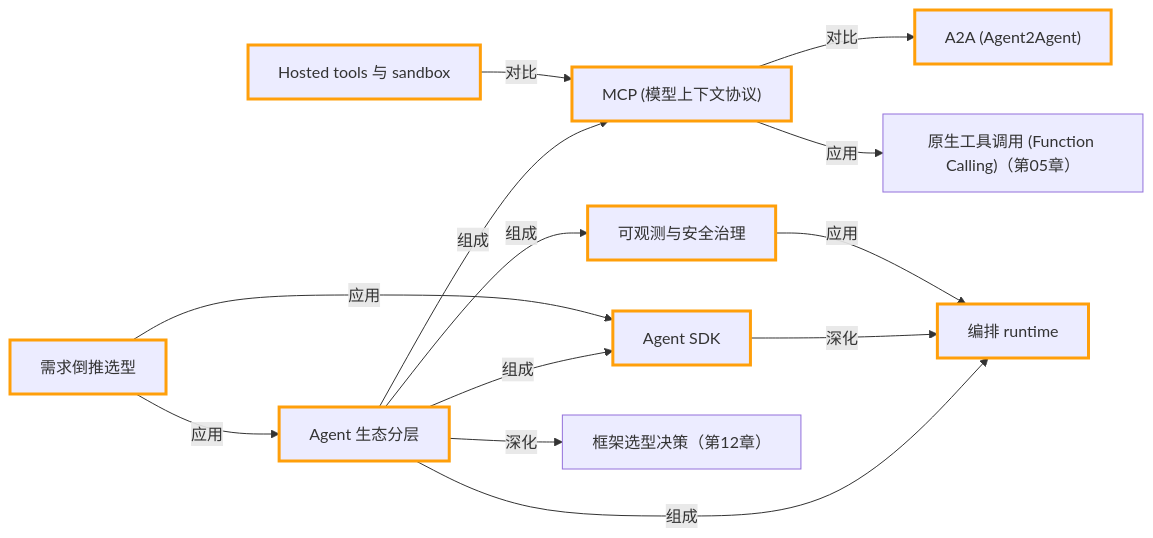
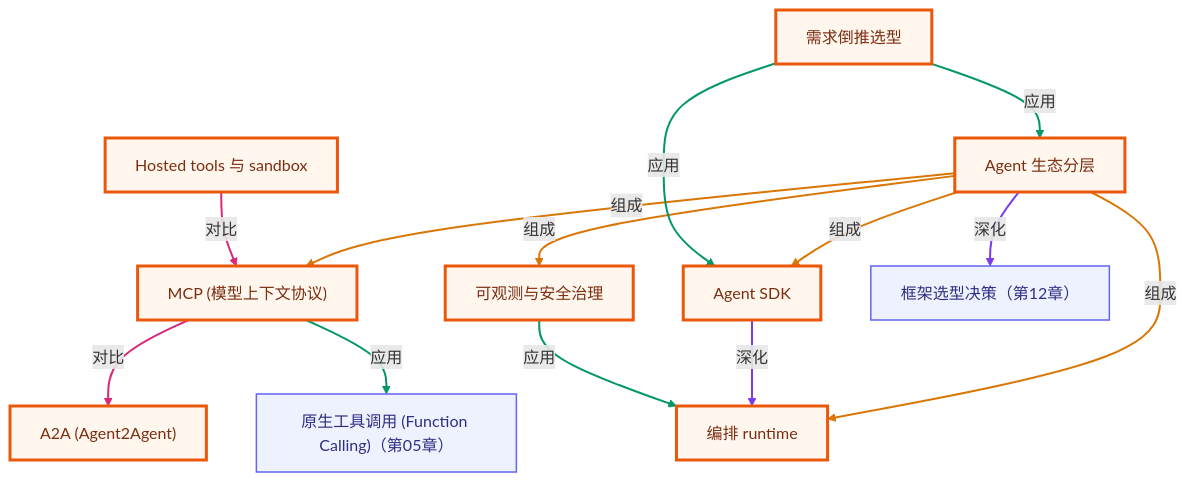
One commit to songuu/agent changed the third of 3 diagrams in lessons/19-agent-ecosystem-and-frontier/README.md. Above: the diagram before and after it, drawn with Mermaid. The commit also changed other lines of this file and 72 other files, not shown here.

````diff
--- a/lessons/19-agent-ecosystem-and-frontier/README.md
+++ b/lessons/19-agent-ecosystem-and-frontier/README.md
@@ -412,33 +414,41 @@
 ```mermaid
-graph LR
+graph TB
+  classDef own fill:#fff7ed,stroke:#ea580c,stroke-width:3px,color:#7c2d12;
+  classDef cross fill:#eef2ff,stroke:#6366f1,stroke-width:1.5px,color:#312e81;
   n_c19_ecosystem_layers["Agent 生态分层"]
   n_c19_mcp["MCP (模型上下文协议)"]
   n_c19_a2a["A2A (Agent2Agent)"]
   n_c19_agent_sdk["Agent SDK"]
   n_c19_orchestration_runtime["编排 runtime"]
   n_c19_hosted_tools["Hosted tools 与 sandbox"]
   n_c19_stack_selection["需求倒推选型"]
   n_c19_governance["可观测与安全治理"]
   n_c12_framework_choice["框架选型决策（第12章）"]
   n_c05_native_tool_use["原生工具调用 (Function Calling)（第05章）"]
   n_c19_ecosystem_layers -->|组成| n_c19_mcp
   n_c19_ecosystem_layers -->|组成| n_c19_agent_sdk
   n_c19_ecosystem_layers -->|组成| n_c19_orchestration_runtime
   n_c19_ecosystem_layers -->|组成| n_c19_governance
   n_c19_mcp -->|对比| n_c19_a2a
   n_c19_agent_sdk -->|深化| n_c19_orchestration_runtime
   n_c19_hosted_tools -->|对比| n_c19_mcp
   n_c19_stack_selection -->|应用| n_c19_ecosystem_layers
   n_c19_stack_selection -->|应用| n_c19_agent_sdk
   n_c19_governance -->|应用| n_c19_orchestration_runtime
   n_c19_ecosystem_layers -->|深化| n_c12_framework_choice
   n_c19_mcp -->|应用| n_c05_native_tool_use
-  style n_c19_ecosystem_layers stroke:#ff9f0a,stroke-width:3px
-  style n_c19_mcp stroke:#ff9f0a,stroke-width:3px
-  style n_c19_a2a stroke:#ff9f0a,stroke-width:3px
-  style n_c19_agent_sdk stroke:#ff9f0a,stroke-width:3px
-  style n_c19_orchestration_runtime stroke:#ff9f0a,stroke-width:3px
-  style n_c19_hosted_tools stroke:#ff9f0a,stroke-width:3px
-  style n_c19_stack_selection stroke:#ff9f0a,stroke-width:3px
-  style n_c19_governance stroke:#ff9f0a,stroke-width:3px
+  class n_c19_ecosystem_layers,n_c19_mcp,n_c19_a2a,n_c19_agent_sdk,n_c19_orchestration_runtime,n_c19_hosted_tools,n_c19_stack_selection,n_c19_governance own;
+  class n_c12_framework_choice,n_c05_native_tool_use cross;
+  linkStyle 0 stroke:#d97706,stroke-width:2px;
+  linkStyle 1 stroke:#d97706,stroke-width:2px;
+  linkStyle 2 stroke:#d97706,stroke-width:2px;
+  linkStyle 3 stroke:#d97706,stroke-width:2px;
+  linkStyle 4 stroke:#db2777,stroke-width:2px;
+  linkStyle 5 stroke:#7c3aed,stroke-width:2px;
+  linkStyle 6 stroke:#db2777,stroke-width:2px;
+  linkStyle 7 stroke:#059669,stroke-width:2px;
+  linkStyle 8 stroke:#059669,stroke-width:2px;
+  linkStyle 9 stroke:#059669,stroke-width:2px;
+  linkStyle 10 stroke:#7c3aed,stroke-width:2px;
+  linkStyle 11 stroke:#059669,stroke-width:2px;
 ```
````
